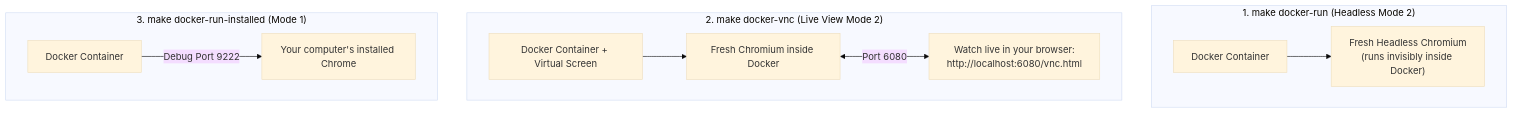
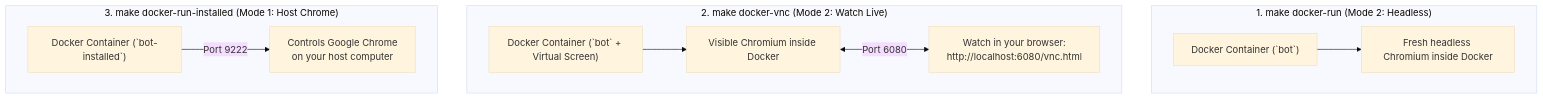
One commit to jbc-arrahman/automation-template changed the diagram in README.md. Above: the diagram before and after it, drawn with Mermaid (base theme). The commit also changed other lines of this file and 13 other files, not shown here.

````diff
--- a/README.md
+++ b/README.md
@@ -93,15 +135,15 @@
 ```mermaid
 flowchart TB
-    subgraph DockerRun["1. make docker-run (Headless Mode 2)"]
-        D1["Docker Container"] --> B1["Fresh Headless Chromium<br/>(runs invisibly inside Docker)"]
+    subgraph Cmd1["1. make docker-run (Mode 2: Headless)"]
+        A1["Docker Container (`bot`)"] --> A2["Fresh headless Chromium inside Docker"]
     end
 
-    subgraph DockerVNC["2. make docker-vnc (Live View Mode 2)"]
-        D2["Docker Container + Virtual Screen"] --> B2["Fresh Chromium inside Docker"]
-        B2 <-->|Port 6080| Viewer["Watch live in your browser:<br/>http://localhost:6080/vnc.html"]
+    subgraph Cmd2["2. make docker-vnc (Mode 2: Watch Live)"]
+        B1["Docker Container (`bot` + Virtual Screen)"] --> B2["Visible Chromium inside Docker"]
+        B2 <-->|Port 6080| B3["Watch in your browser:<br/>http://localhost:6080/vnc.html"]
     end
 
-    subgraph DockerInstalled["3. make docker-run-installed (Mode 1)"]
-        D3["Docker Container"] -->|Debug Port 9222| HostChrome["Your computer's installed Chrome"]
+    subgraph Cmd3["3. make docker-run-installed (Mode 1: Host Chrome)"]
+        C1["Docker Container (`bot-installed`)"] -->|Port 9222| C2["Controls Google Chrome<br/>on your host computer"]
     end
 ```
````
